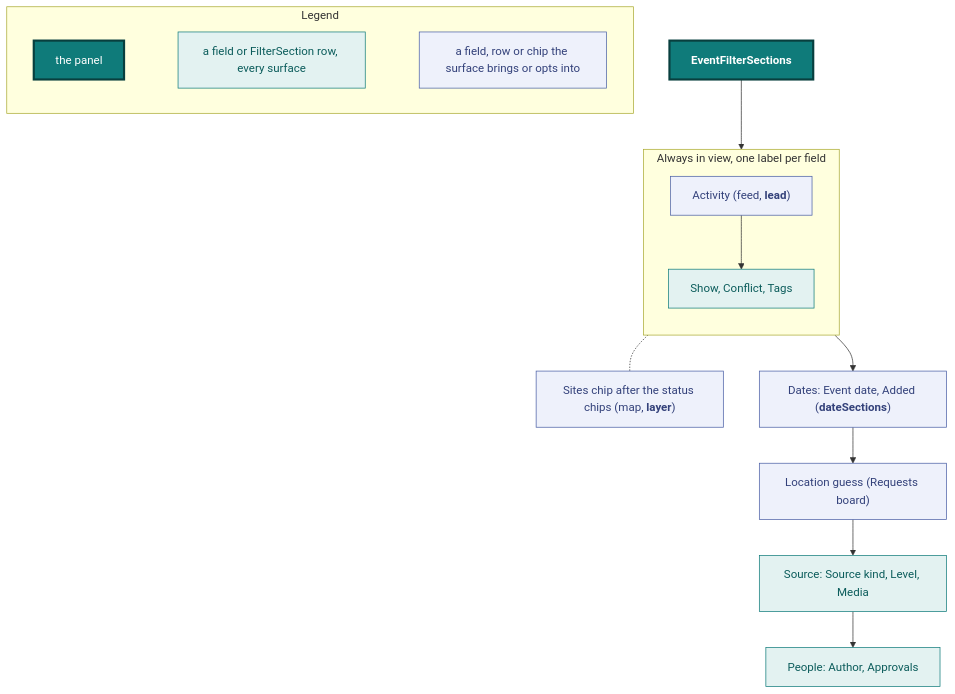
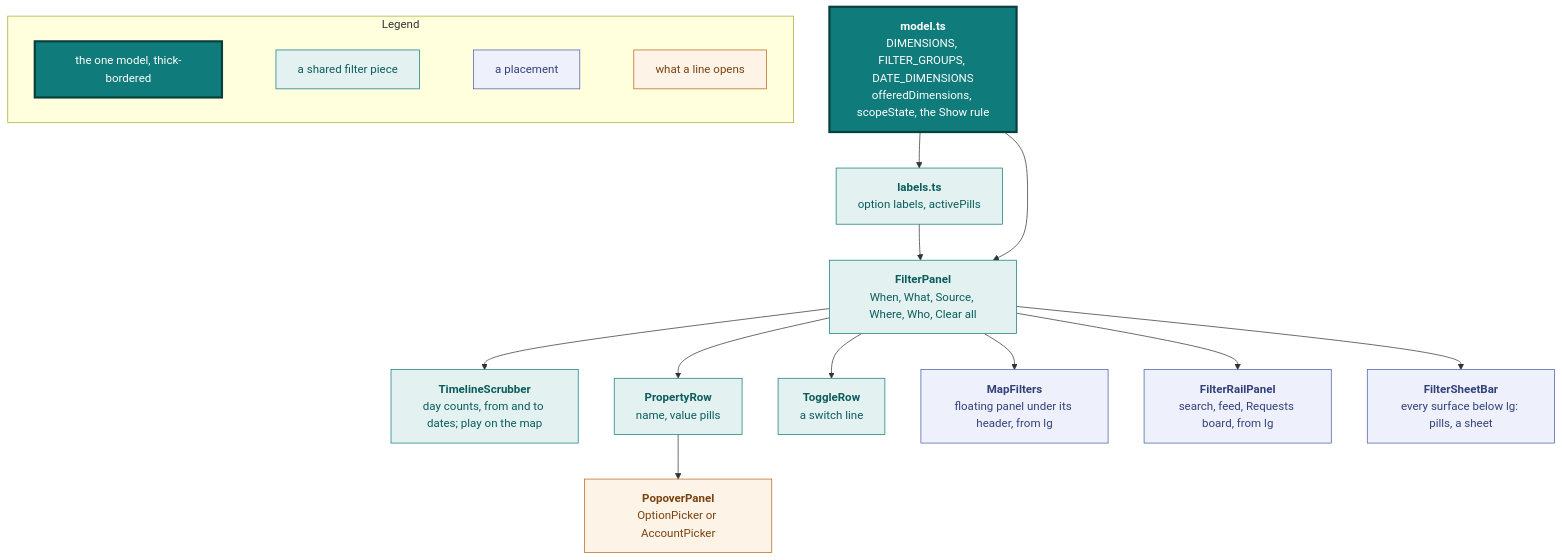
Before and after one commit to vidithq/vidit: the eighth of 23 diagrams in docs/design.md, drawn with Mermaid. The commit also changed other lines of this file and 5 other files, not shown here.

First line of the commit message:
docs(design): one filter model and its panel, with the dimensions by surface

````diff
--- a/docs/design.md
+++ b/docs/design.md
@@ -770,30 +761,47 @@
 ```mermaid
 flowchart TB
+  classDef core fill:#0f7b7a,stroke:#083f3e,stroke-width:3px,color:#ffffff
   classDef shared fill:#e3f2f1,stroke:#0f7b7a,color:#0b5c5b
-  classDef core fill:#0f7b7a,stroke:#083f3e,stroke-width:3px,color:#ffffff
   classDef page fill:#eef1fb,stroke:#4a5fa5,color:#33417a
+  classDef state fill:#fdf3e7,stroke:#b8661a,color:#7a430f
 
   subgraph legend [Legend]
     direction LR
-    l1["`the panel`"]:::core
-    l2["`a field or FilterSection row, every surface`"]:::shared
-    l3["`a field, row or chip the surface brings or opts into`"]:::page
-    l1 ~~~ l2 ~~~ l3
+    l1["`the one model, thick-bordered`"]:::core
+    l2["`a shared filter piece`"]:::shared
+    l3["`a placement`"]:::page
+    l4["`what a line opens`"]:::state
+    l1 ~~~ l2 ~~~ l3 ~~~ l4
   end
 
-  panel["`**EventFilterSections**`"]:::core
-  subgraph head [Always in view, one label per field]
-    direction TB
-    lead["`Activity (feed, **lead**)`"]:::page
-    what["`Show, Conflict, Tags`"]:::shared
-    lead --> what
-  end
-  sites["`Sites chip after the status chips (map, **layer**)`"]:::page
-  dates["`Dates: Event date, Added (**dateSections**)`"]:::page
-  guess["`Location guess (Requests board)`"]:::page
-  src["`Source: Source kind, Level, Media`"]:::shared
-  people["`People: Author, Approvals`"]:::shared
+  model["`**model.ts**
+  DIMENSIONS, FILTER_GROUPS, DATE_DIMENSIONS
+  offeredDimensions, scopeState, the Show rule`"]:::core
+  labels["`**labels.ts**
+  option labels, activePills`"]:::shared
+  panel["`**FilterPanel**
+  When, What, Source, Where, Who, Clear all`"]:::shared
+  timeline["`**TimelineScrubber**
+  day counts, from and to dates; play on the map`"]:::shared
+  line["`**PropertyRow**
+  name, value pills`"]:::shared
+  toggle["`**ToggleRow**
+  a switch line`"]:::shared
+  editor["`**PopoverPanel**
+  OptionPicker or AccountPicker`"]:::state
+  map["`**MapFilters**
+  floating panel under its header, from lg`"]:::page
+  rail["`**FilterRailPanel**
+  search, feed, Requests board, from lg`"]:::page
+  phone["`**FilterSheetBar**
+  every surface below lg: pills, a sheet`"]:::page
 
-  panel --> head --> dates --> guess --> src --> people
-  what -.- sites
+  model --> labels --> panel
+  model --> panel
+  panel --> timeline
+  panel --> line --> editor
+  panel --> toggle
+  panel --> map
+  panel --> rail
+  panel --> phone
 ```
````
